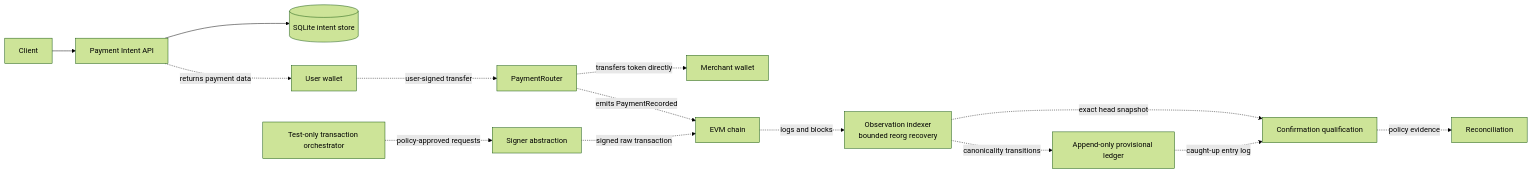
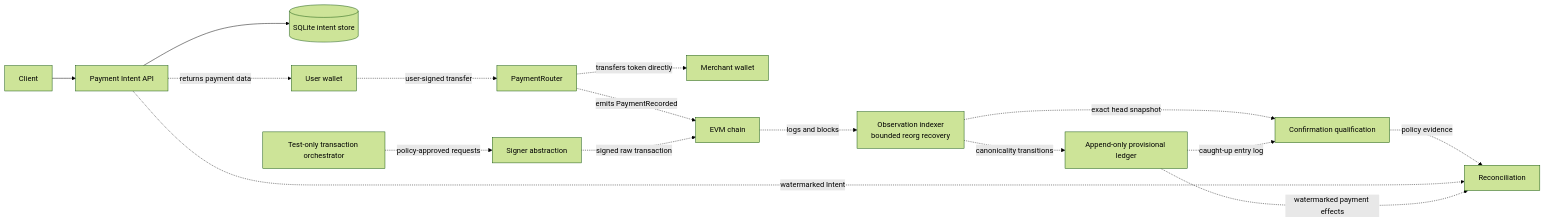
The second of 2 diagrams in docs/architecture.md (xiaocaiisxiaocai/dotnet-evm-payment-sandbox), drawn with Mermaid (forest theme) before and after one commit. The commit also changed other lines of this file and 41 other files, not shown here.

````diff
--- a/docs/architecture.md
+++ b/docs/architecture.md
@@ -263,17 +303,19 @@
 ```mermaid
 flowchart LR
     Client[Client] --> API[Payment Intent API]
     API --> IntentStore[(SQLite intent store)]
     API -. returns payment data .-> Wallet[User wallet]
     Wallet -. user-signed transfer .-> Router[PaymentRouter]
     Router -. transfers token directly .-> Merchant[Merchant wallet]
     Router -. emits PaymentRecorded .-> Chain[EVM chain]
     Chain -. logs and blocks .-> Indexer[Observation indexer<br/>bounded reorg recovery]
     Indexer -. canonicality transitions .-> Ledger[Append-only provisional ledger]
     Indexer -. exact head snapshot .-> Finality[Confirmation qualification]
     Ledger -. caught-up entry log .-> Finality
     Finality -. policy evidence .-> Reconcile[Reconciliation]
+    API -. watermarked Intent .-> Reconcile
+    Ledger -. watermarked payment effects .-> Reconcile
 
     Orchestrator[Test-only transaction orchestrator] -. policy-approved requests .-> Signer[Signer abstraction]
     Signer -. signed raw transaction .-> Chain
 ```
````
